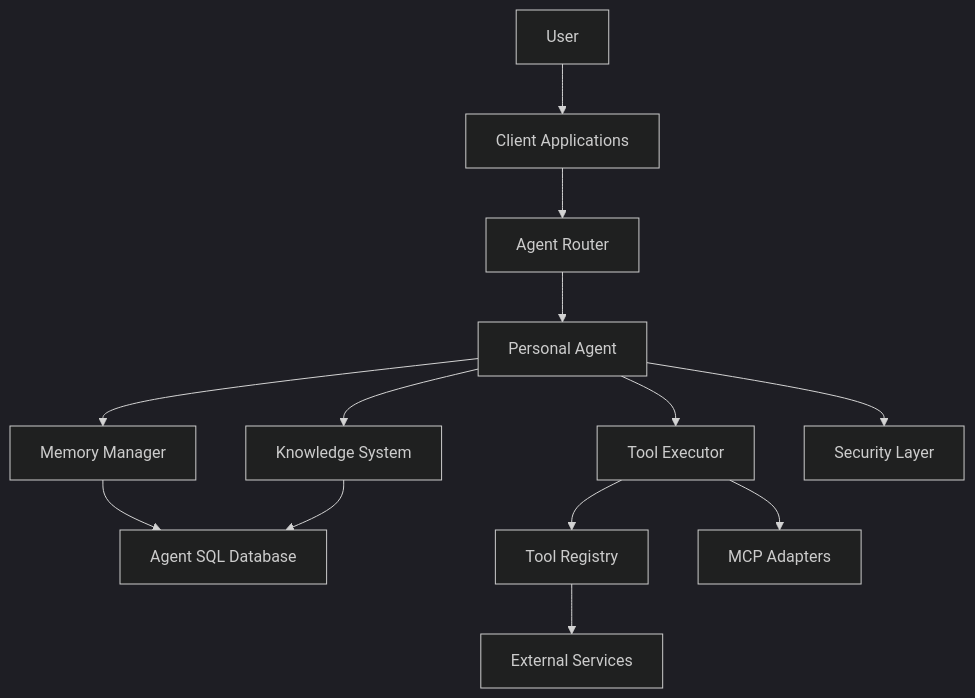
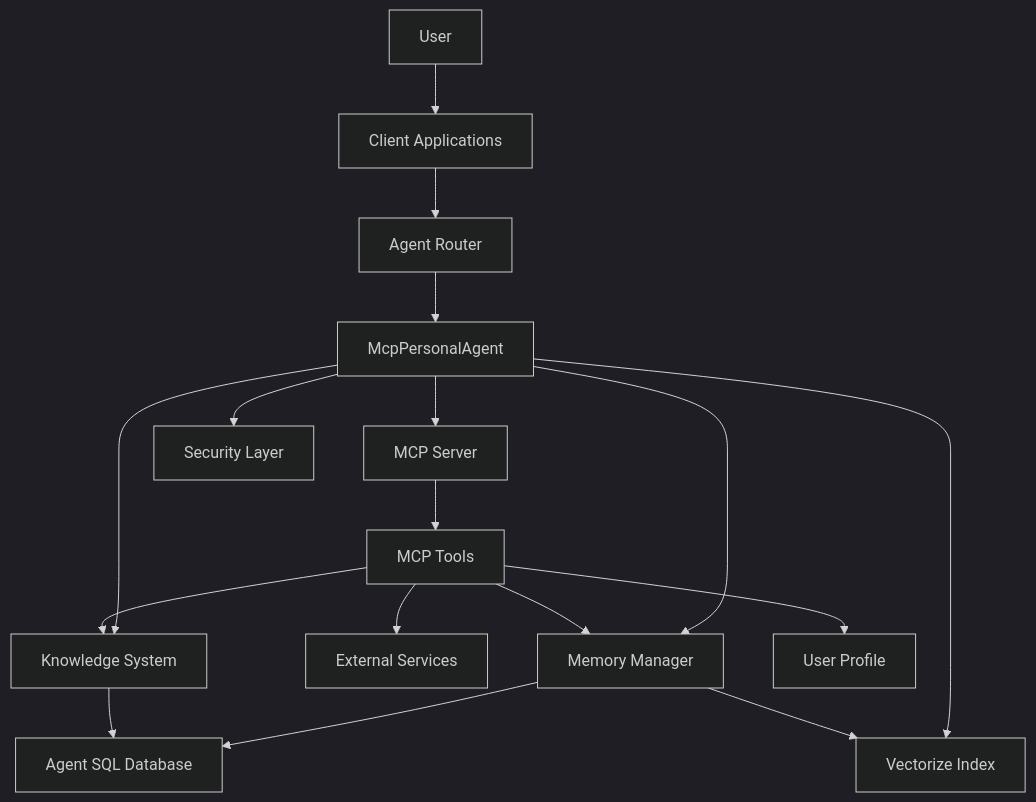
One commit to bdleasure/impossibleagent changed the diagram in memory-bank/systemPatterns.md. Above: the diagram before and after it, drawn with Mermaid (dark theme). The commit also changed other lines of this file and 197 other files, not shown here.

Commit message:
Frontend cleanup and Cloudflare Agent implementation improvements. Added memory and knowledge graph enhancements with vectorize implementation.

````diff
--- a/memory-bank/systemPatterns.md
+++ b/memory-bank/systemPatterns.md
@@ -7,15 +7,19 @@
 ```mermaid
 graph TD
     User[User] --> ClientApps[Client Applications]
     ClientApps --> AgentRouter[Agent Router]
-    AgentRouter --> PersonalAgent[Personal Agent]
-    PersonalAgent --> MemoryManager[Memory Manager]
+    AgentRouter --> McpPersonalAgent[McpPersonalAgent]
+    McpPersonalAgent --> MemoryManager[Memory Manager]
     MemoryManager --> SQLDatabase[Agent SQL Database]
-    PersonalAgent --> ToolExecutor[Tool Executor]
-    ToolExecutor --> ToolRegistry[Tool Registry]
-    ToolExecutor --> MCPAdapters[MCP Adapters]
-    ToolRegistry --> ExternalServices[External Services]
-    PersonalAgent --> KnowledgeSystem[Knowledge System]
+    McpPersonalAgent --> McpServer[MCP Server]
+    McpServer --> McpTools[MCP Tools]
+    McpTools --> ExternalServices[External Services]
+    McpPersonalAgent --> KnowledgeSystem[Knowledge System]
     KnowledgeSystem --> SQLDatabase
-    PersonalAgent --> SecurityLayer[Security Layer]
+    McpPersonalAgent --> SecurityLayer[Security Layer]
+    McpPersonalAgent --> VectorizeIndex[Vectorize Index]
+    MemoryManager --> VectorizeIndex
+    McpTools --> MemoryManager
+    McpTools --> KnowledgeSystem
+    McpTools --> UserProfile[User Profile]
 ```
````
